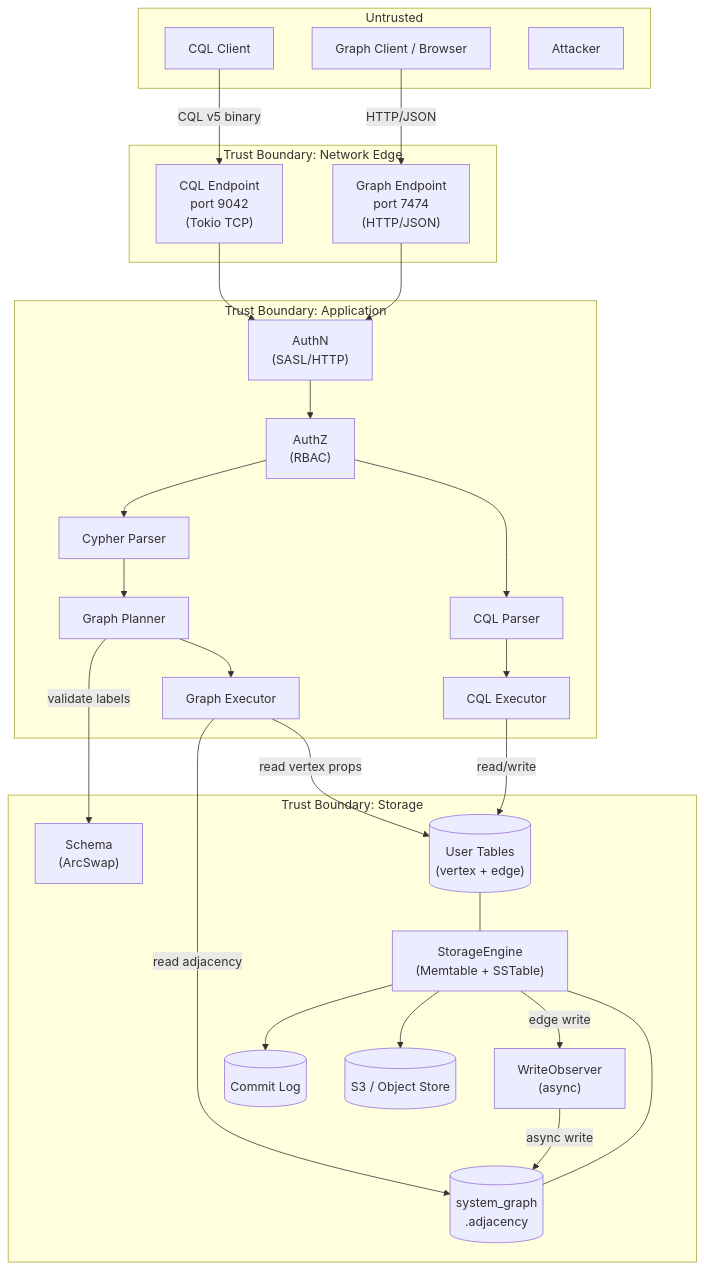
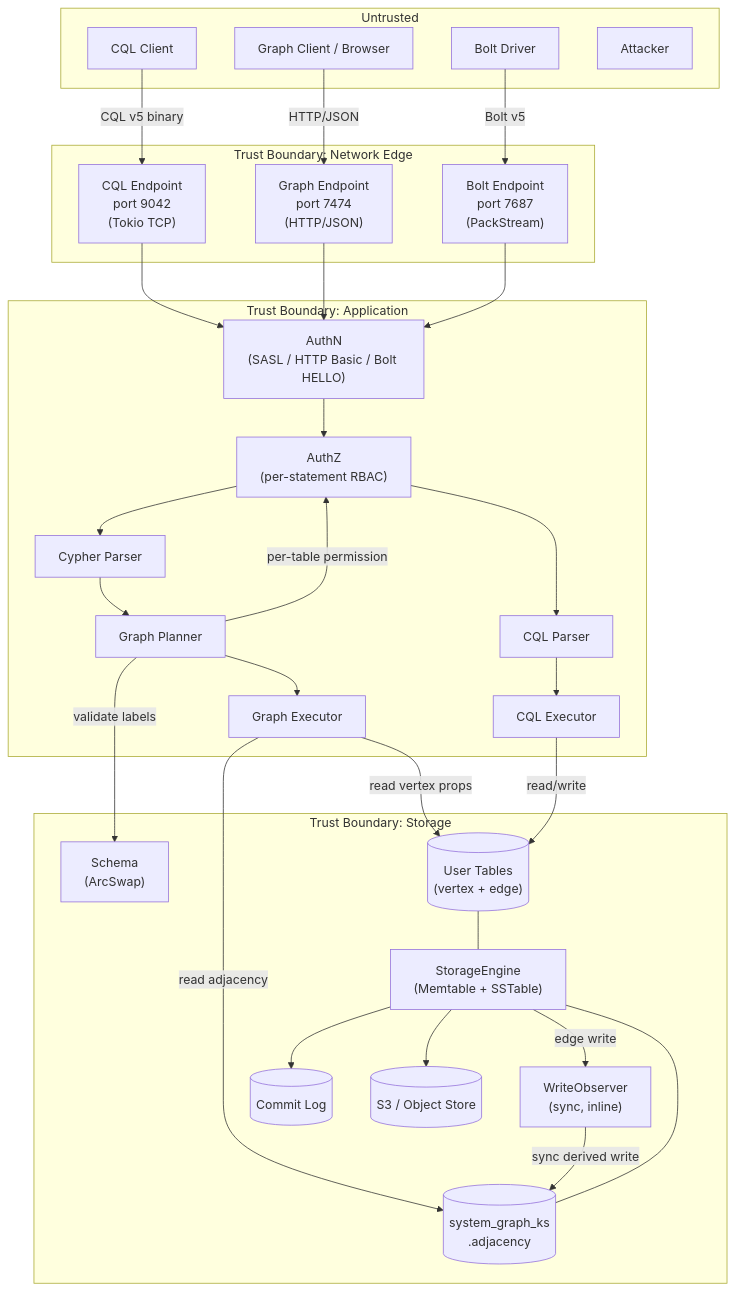
Before and after one commit to ferrosadb/ferrosa: the diagram in specs/security/threat-model-graph.md, drawn with Mermaid. The commit also changed other lines of this file and 9 other files, not shown here.

First line of the commit message:
docs(graph): describe the query path as it is at v0.22.3

````diff
--- a/specs/security/threat-model-graph.md
+++ b/specs/security/threat-model-graph.md
@@ -21,57 +33,62 @@
 ```mermaid
 graph TB
     subgraph "Untrusted"
         CQLClient[CQL Client]
         GraphClient[Graph Client / Browser]
+        BoltClient[Bolt Driver]
         Attacker[Attacker]
     end
 
     subgraph "Trust Boundary: Network Edge"
         CQLPort["CQL Endpoint\nport 9042\n(Tokio TCP)"]
         HTTPPort["Graph Endpoint\nport 7474\n(HTTP/JSON)"]
+        BoltPort["Bolt Endpoint\nport 7687\n(PackStream)"]
     end
 
     subgraph "Trust Boundary: Application"
         CQLParser[CQL Parser]
         CypherParser[Cypher Parser]
-        AuthN["AuthN\n(SASL/HTTP)"]
-        AuthZ["AuthZ\n(RBAC)"]
+        AuthN["AuthN\n(SASL / HTTP Basic / Bolt HELLO)"]
+        AuthZ["AuthZ\n(per-statement RBAC)"]
         Planner[Graph Planner]
         Executor[Graph Executor]
         CQLExec[CQL Executor]
     end
 
     subgraph "Trust Boundary: Storage"
         Schema["Schema\n(ArcSwap)"]
         Storage["StorageEngine\n(Memtable + SSTable)"]
-        Observer["WriteObserver\n(async)"]
-        AdjIndex[("system_graph\n.adjacency")]
+        Observer["WriteObserver\n(sync, inline)"]
+        AdjIndex[("system_graph_ks\n.adjacency")]
         UserTables[("User Tables\n(vertex + edge)")]
         CommitLog[("Commit Log")]
         S3[("S3 / Object Store")]
     end
 
     CQLClient -->|"CQL v5 binary"| CQLPort
     GraphClient -->|"HTTP/JSON"| HTTPPort
+    BoltClient -->|"Bolt v5"| BoltPort
 
     CQLPort --> AuthN
     HTTPPort --> AuthN
+    BoltPort --> AuthN
     AuthN --> AuthZ
     AuthZ --> CQLParser
     AuthZ --> CypherParser
 
     CypherParser --> Planner
     Planner -->|"validate labels"| Schema
+    Planner -->|"per-table permission"| AuthZ
     Planner --> Executor
     Executor -->|"read adjacency"| AdjIndex
     Executor -->|"read vertex props"| UserTables
     CQLParser --> CQLExec
     CQLExec -->|"read/write"| UserTables
 
     Storage -->|"edge write"| Observer
-    Observer -->|"async write"| AdjIndex
+    Observer -->|"sync derived write"| AdjIndex
     Storage --> CommitLog
     Storage --> S3
     UserTables --- Storage
     AdjIndex --- Storage
 ```
````
